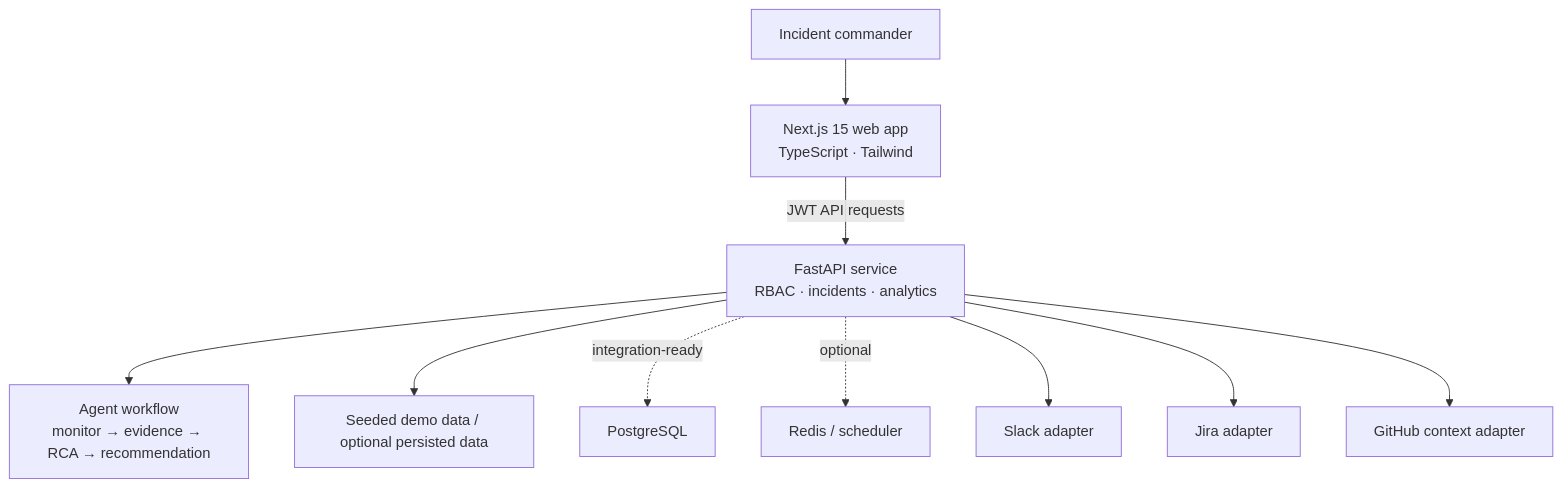
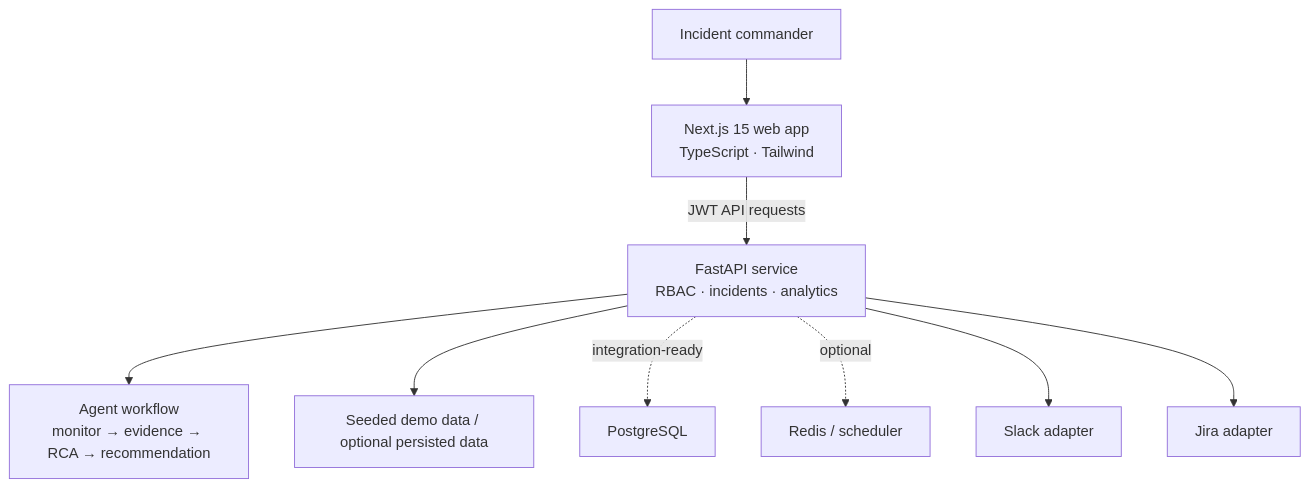
The second of 2 diagrams in README.md (avinav2401/IncidentOps-AI), drawn with Mermaid before and after one commit. The commit also changed other lines of this file and 6 other files, not shown here.

````diff
--- a/README.md
+++ b/README.md
@@ -64,12 +64,11 @@
 ```mermaid
 flowchart TB
     U["Incident commander"] --> W["Next.js 15 web app\nTypeScript · Tailwind"]
     W -->|"JWT API requests"| A["FastAPI service\nRBAC · incidents · analytics"]
     A --> F["Agent workflow\nmonitor → evidence → RCA → recommendation"]
     A --> D["Seeded demo data / optional persisted data"]
     A -. "integration-ready" .-> P["PostgreSQL"]
     A -. "optional" .-> R["Redis / scheduler"]
     A --> S["Slack adapter"]
     A --> J["Jira adapter"]
-    A --> G["GitHub context adapter"]
 ```
````
